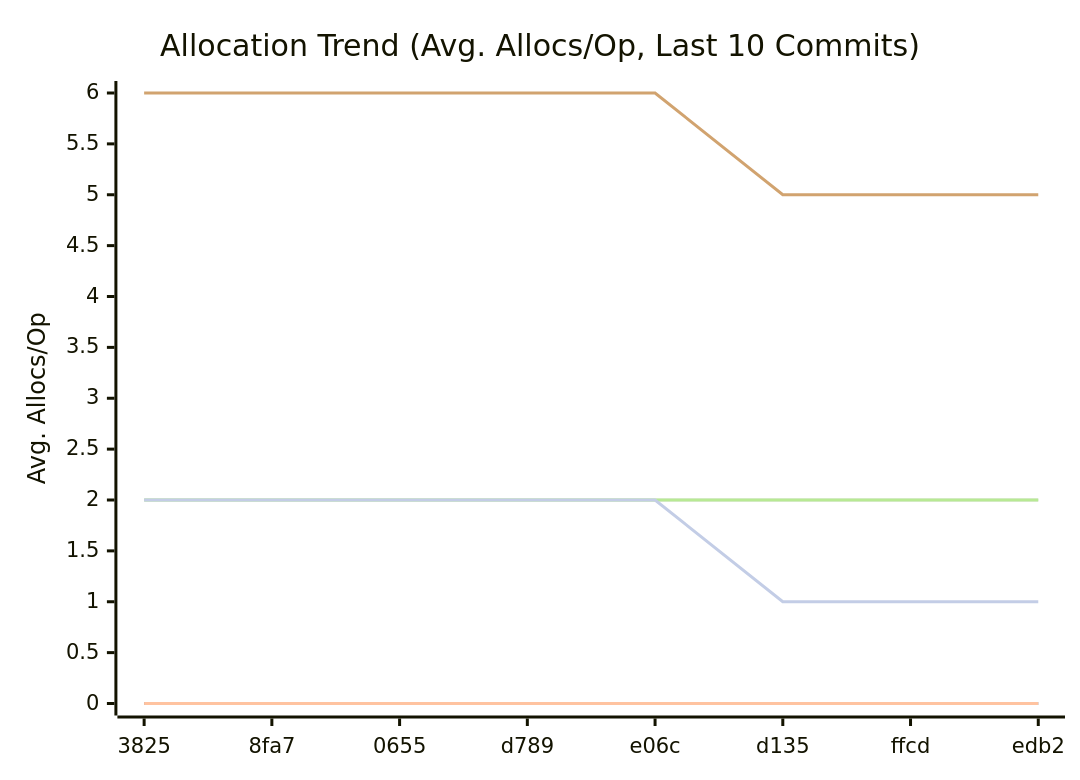
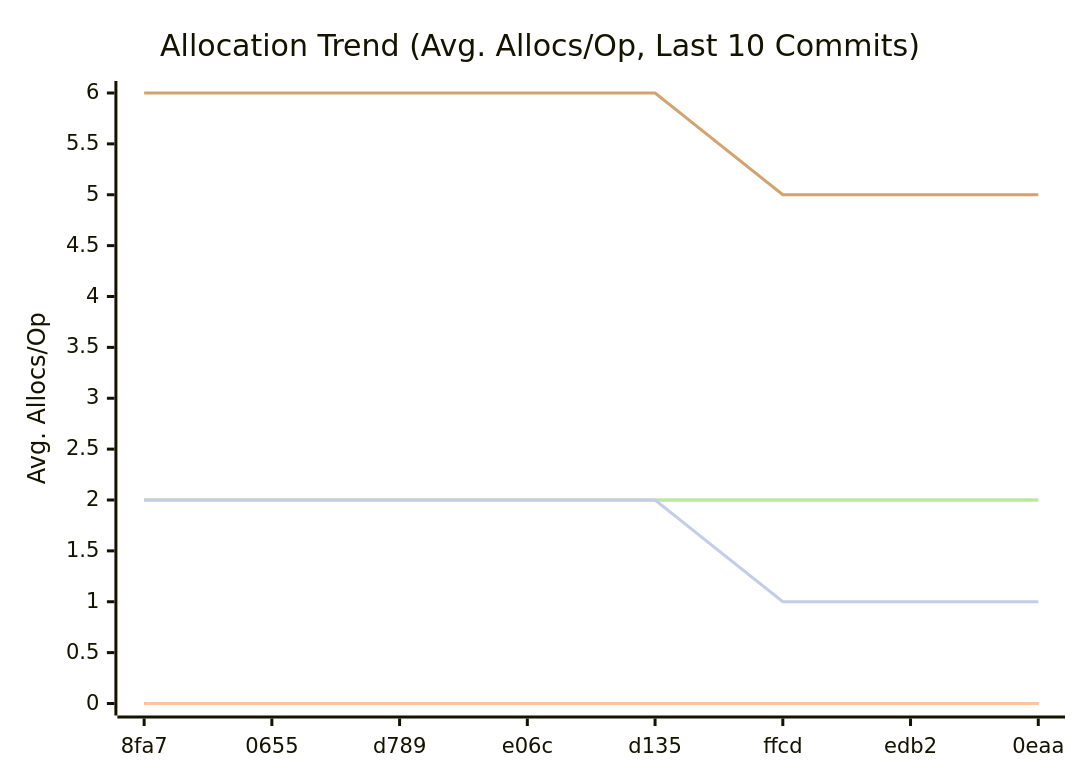
Before and after one commit to alsotoes/momo: the third of 3 diagrams in docs/README.md, drawn with Mermaid. The commit also changed other lines of this file and 1 other file, not shown here.

````diff
--- a/docs/README.md
+++ b/docs/README.md
@@ -333,14 +333,14 @@
 ```mermaid
 xychart-beta
     title "Allocation Trend (Avg. Allocs/Op, Last 10 Commits)"
     x-axis "Commit"
     y-axis "Avg. Allocs/Op"
-    x-axis [3825,8fa7,0655,d789,e06c,d135,ffcd,edb2]
+    x-axis [8fa7,0655,d789,e06c,d135,ffcd,edb2,0eaa]
     line "CheckMetricsAndSwap" [0,0,0,0,0,0,0,0,0,0]
     line "IndexDirectTracking" [0,0,0,0,0,0,0,0,0,0]
     line "IndexSearch" [0,0,0,0,0,0,0,0,0,0]
     line "LoadGlobalConfig" [2,2,2,2,2,2,2,2,2,2]
     line "PadString" [2,2,2,2,2,2,2,2,2,2]
     line "ParseReplicationOrder_NoPrealloc" [6,6,6,6,6,5,5,5,5,5]
     line "ParseReplicationOrder_Prealloc" [2,2,2,2,2,1,1,1,1,1]
 ```
````
